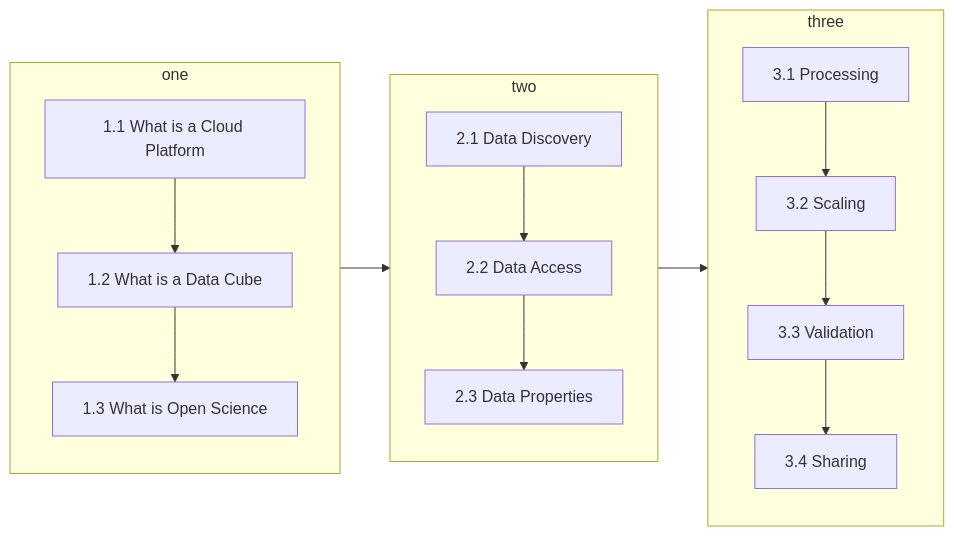
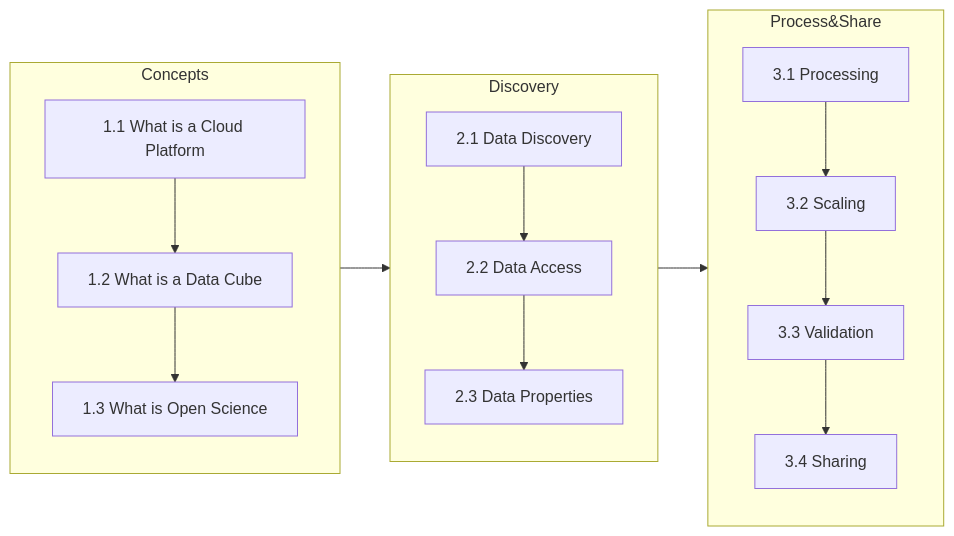
Before and after one commit to EO-College/cubes-and-clouds: the diagram in README.md, drawn with Mermaid.

Commit message:
flow names

````diff
--- a/README.md
+++ b/README.md
@@ -11,19 +11,19 @@
 ```mermaid
 flowchart LR
-      subgraph one
+      subgraph Concepts
       A[1.1 What is a Cloud Platform]-->B[1.2 What is a Data Cube];
       B-->C[1.3 What is Open Science];
       end
-      subgraph two
+      subgraph Discovery
       D[2.1 Data Discovery]-->E[2.2 Data Access];
       E-->F[2.3 Data Properties];
       end
-      subgraph three
+      subgraph Process&Share
       G[3.1 Processing]-->H[3.2 Scaling];
       H-->I[3.3 Validation];
       I-->J[3.4 Sharing];
       end
-      one --> two
-      two --> three
+      Concepts --> Discovery
+      Discovery --> Process&Share
       
 ```
````
